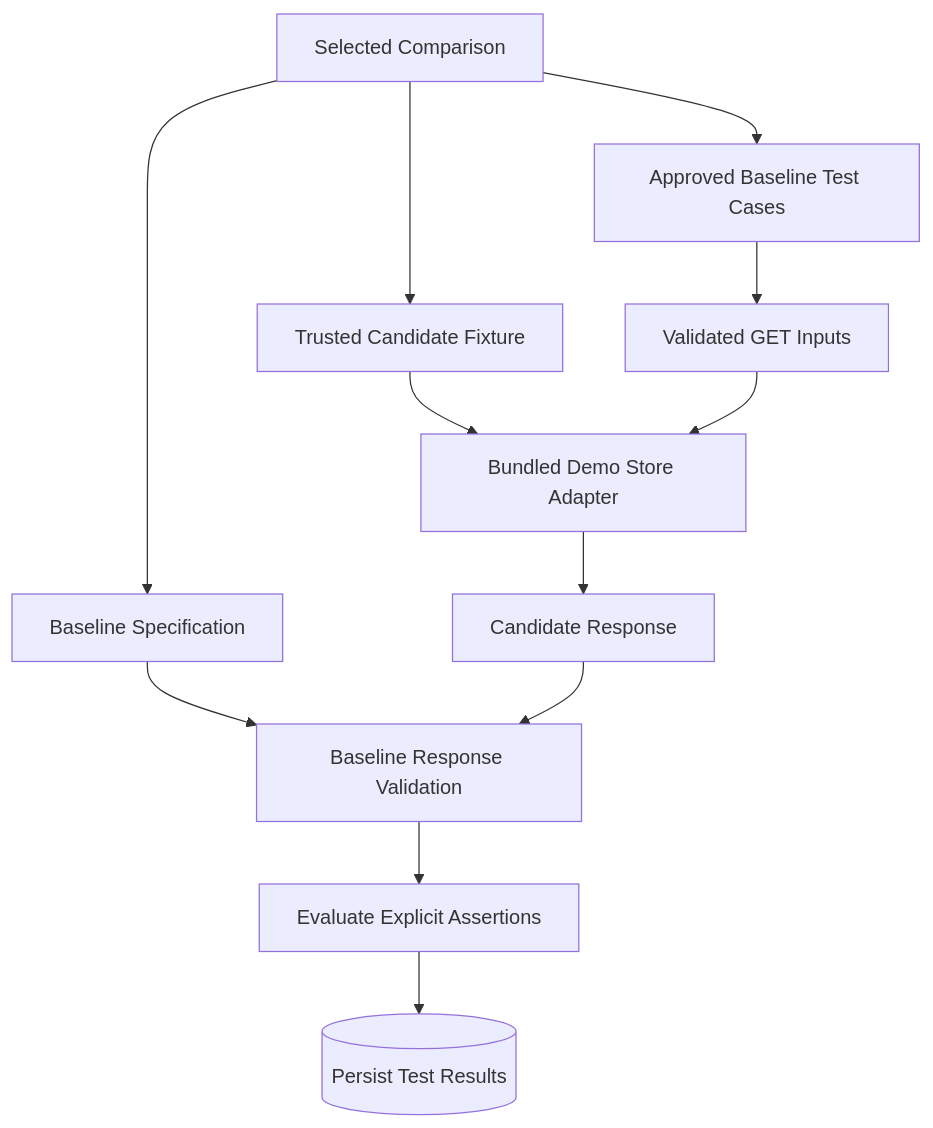
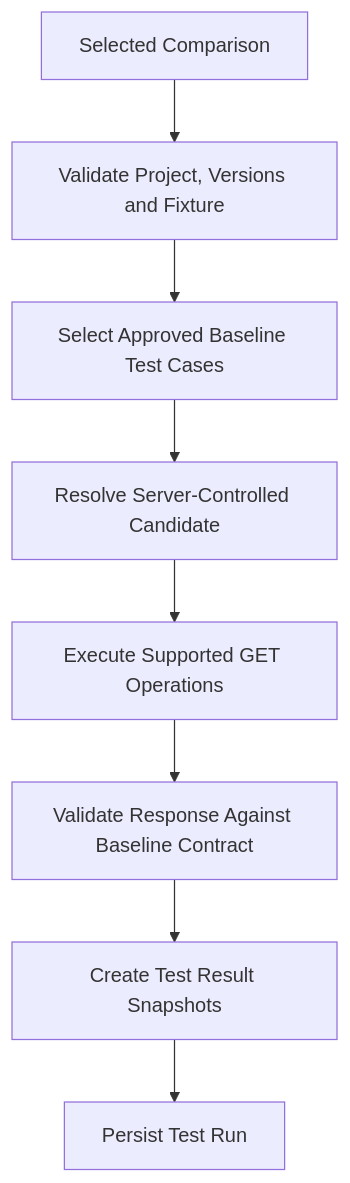
One commit to Swayam-Aggarwal/ContractGuard changed the seventh of 9 diagrams in docs/Architecture.md. Above: the diagram before and after it, drawn with Mermaid. The commit also changed other lines of this file and 40 other files, not shown here.

````diff
--- a/docs/Architecture.md
+++ b/docs/Architecture.md
@@ -620,25 +395,19 @@
 ```mermaid
 flowchart TD
-    COMPARISON["Selected Comparison"]
-    BASELINE["Baseline Specification"]
-    CANDIDATE["Trusted Candidate Fixture"]
-    CASES["Approved Baseline Test Cases"]
-    INPUT["Validated GET Inputs"]
-    ADAPTER["Bundled Demo Store Adapter"]
-    RESPONSE["Candidate Response"]
-    SCHEMA["Baseline Response Validation"]
-    ASSERTIONS["Evaluate Explicit Assertions"]
-    RESULTS[("Persist Test Results")]
+    Comparison["Selected Comparison"]
+    Eligibility["Validate Project, Versions and Fixture"]
+    Cases["Select Approved Baseline Test Cases"]
+    Target["Resolve Server-Controlled Candidate"]
+    Execute["Execute Supported GET Operations"]
+    Validate["Validate Response Against Baseline Contract"]
+    Results["Create Test Result Snapshots"]
+    Persist["Persist Test Run"]
 
-    COMPARISON --> BASELINE
-    COMPARISON --> CANDIDATE
-    COMPARISON --> CASES
-    CASES --> INPUT
-    CANDIDATE --> ADAPTER
-    INPUT --> ADAPTER
-    ADAPTER --> RESPONSE
-    BASELINE --> SCHEMA
-    RESPONSE --> SCHEMA
-    SCHEMA --> ASSERTIONS
-    ASSERTIONS --> RESULTS
+    Comparison --> Eligibility
+    Eligibility --> Cases
+    Cases --> Target
+    Target --> Execute
+    Execute --> Validate
+    Validate --> Results
+    Results --> Persist
 ```
````
